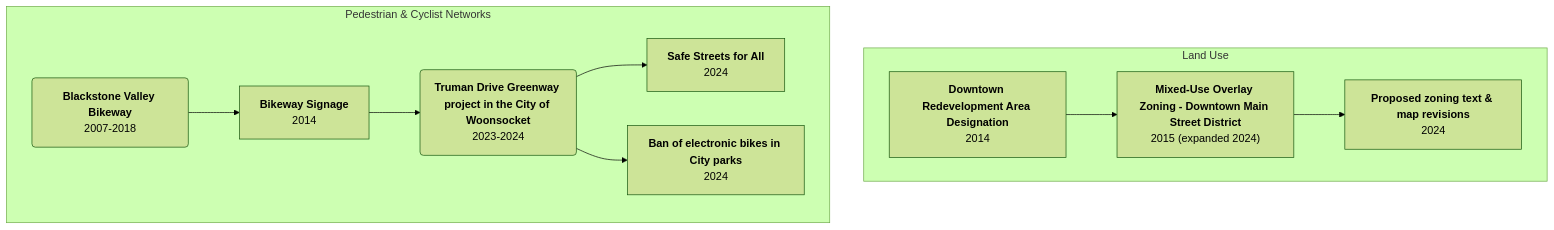
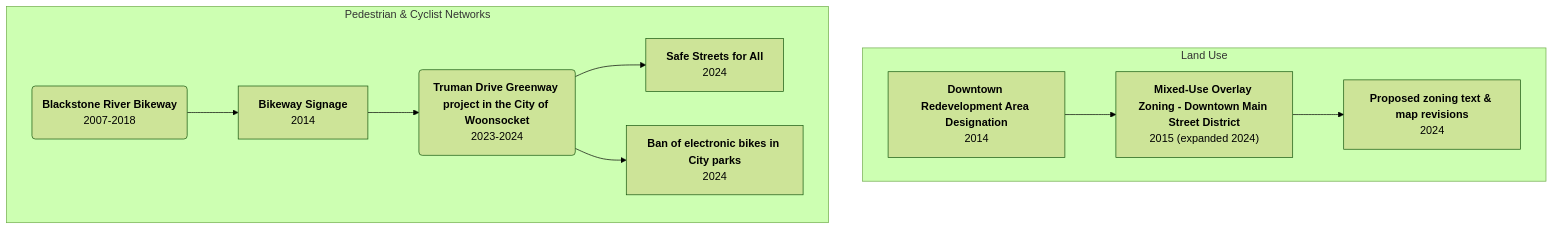
Before and after one commit to reesehirota/woonsocket_web: the diagram in woonsocket.qmd, drawn with Mermaid (forest theme). The commit also changed other lines of this file and 25 other files, not shown here.

````diff
--- a/woonsocket.qmd
+++ b/woonsocket.qmd
@@ -120,27 +136,27 @@
 ```{mermaid}
 %%| fig-align: center
 flowchart TB
   subgraph Land Use
     B["`<b>Downtown Redevelopment Area Designation</b>
     2014`"] --> C["`<b>Mixed-Use Overlay Zoning - Downtown Main Street District</b>
     2015 (expanded 2024)`"]
     C["`<b>Mixed-Use Overlay Zoning - Downtown Main Street District</b>
     2015 (expanded 2024)`"] --> Z["`<b>Proposed zoning text & map revisions</b>
     2024`"]
   end 
   
   subgraph Pedestrian & Cyclist Networks
-    F("`<b>Blackstone Valley Bikeway</b>
+    F("`<b>Blackstone River Bikeway</b>
     2007-2018`") --> A["`<b>Bikeway Signage</b>
     2014`"]
     A["`<b>Bikeway Signage</b>
     2014`"] --> G("`<b>Truman Drive Greenway project in the City of Woonsocket</b>
     2023-2024`")
     G("`<b>Truman Drive Greenway project in the City of Woonsocket</b>
     2023-2024`") --> D["`<b>Safe Streets for All</b>
     2024`"]
     G("`<b>Truman Drive Greenway project in the City of Woonsocket</b>
     2023-2024`") --> E["`<b>Ban of electronic bikes in City parks</b>
     2024`"]
   end
 ```
````
